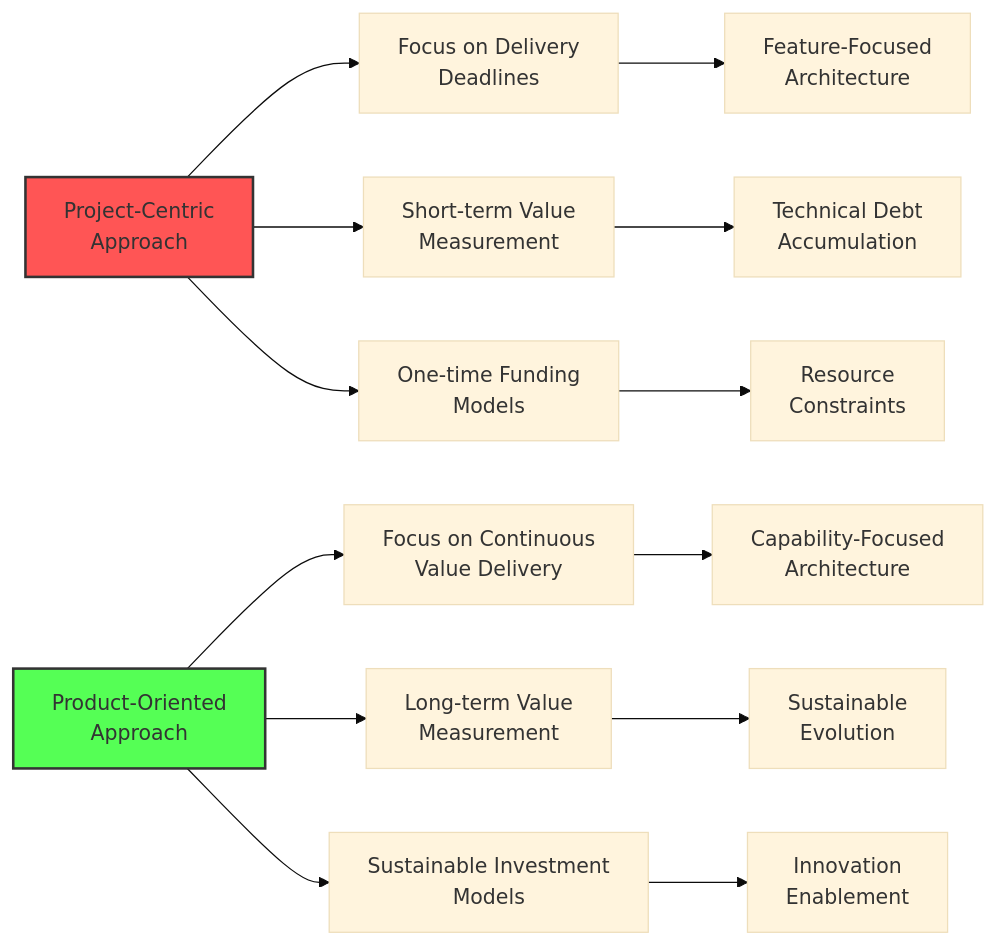
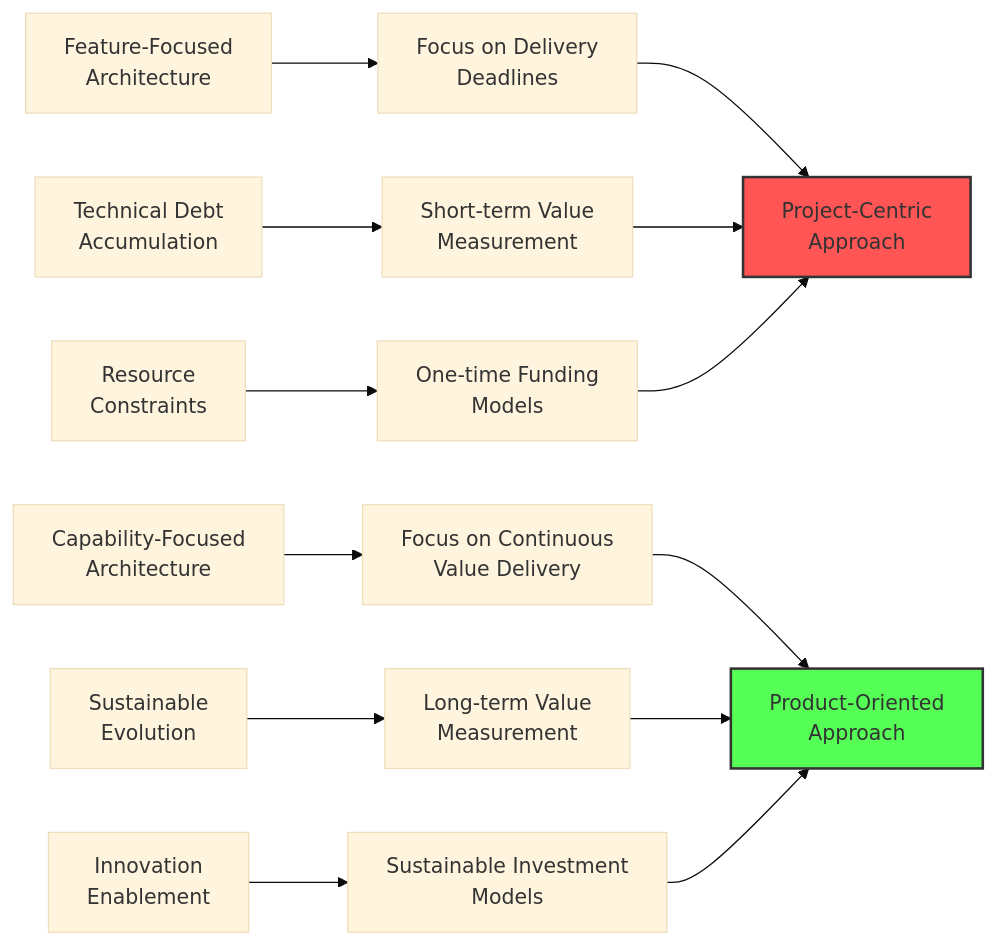
The third of 8 diagrams in cio-may.md (AliceNN-ucdenver/Iasa), drawn with Mermaid (base theme) before and after one commit. The commit also changed other lines of this file, not shown here.

````diff
--- a/cio-may.md
+++ b/cio-may.md
@@ -83,21 +95,21 @@
 ```mermaid
 flowchart LR
-    A["Project-Centric<br>Approach"] --> B["Focus on Delivery<br>Deadlines"]
-    A --> C["Short-term Value<br>Measurement"]
-    A --> D["One-time Funding<br>Models"]
+    B["Focus on Delivery<br>Deadlines"] --> A["Project-Centric<br>Approach"]
+    C["Short-term Value<br>Measurement"] --> A
+    D["One-time Funding<br>Models"] --> A
     
-    E["Product-Oriented<br>Approach"] --> F["Focus on Continuous<br>Value Delivery"]
-    E --> G["Long-term Value<br>Measurement"]
-    E --> H["Sustainable Investment<br>Models"]
+    F["Focus on Continuous<br>Value Delivery"] --> E["Product-Oriented<br>Approach"]
+    G["Long-term Value<br>Measurement"] --> E
+    H["Sustainable Investment<br>Models"] --> E
     
-    B --> I["Feature-Focused<br>Architecture"]
-    C --> J["Technical Debt<br>Accumulation"]
-    D --> K["Resource<br>Constraints"]
+    I["Feature-Focused<br>Architecture"] --> B
+    J["Technical Debt<br>Accumulation"] --> C
+    K["Resource<br>Constraints"] --> D
     
-    F --> L["Capability-Focused<br>Architecture"]
-    G --> M["Sustainable<br>Evolution"]
-    H --> N["Innovation<br>Enablement"]
+    L["Capability-Focused<br>Architecture"] --> F
+    M["Sustainable<br>Evolution"] --> G
+    N["Innovation<br>Enablement"] --> H
     
     style A fill:#f55,stroke:#333,stroke-width:2px
     style E fill:#5f5,stroke:#333,stroke-width:2px
 ```
````
